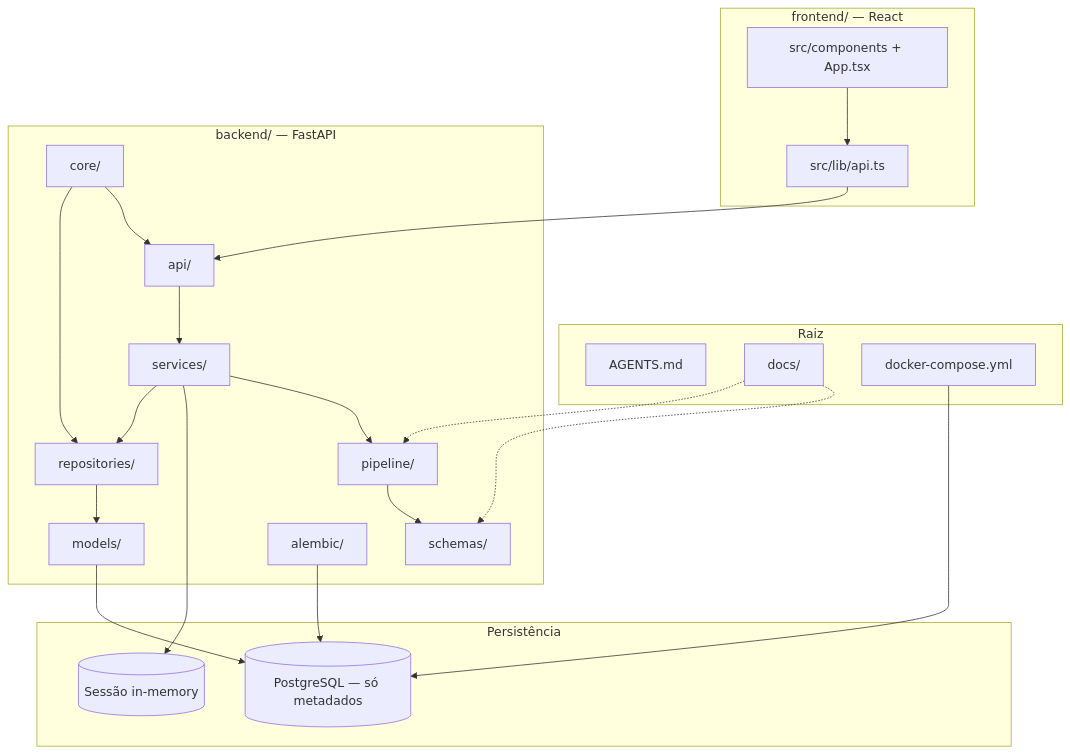
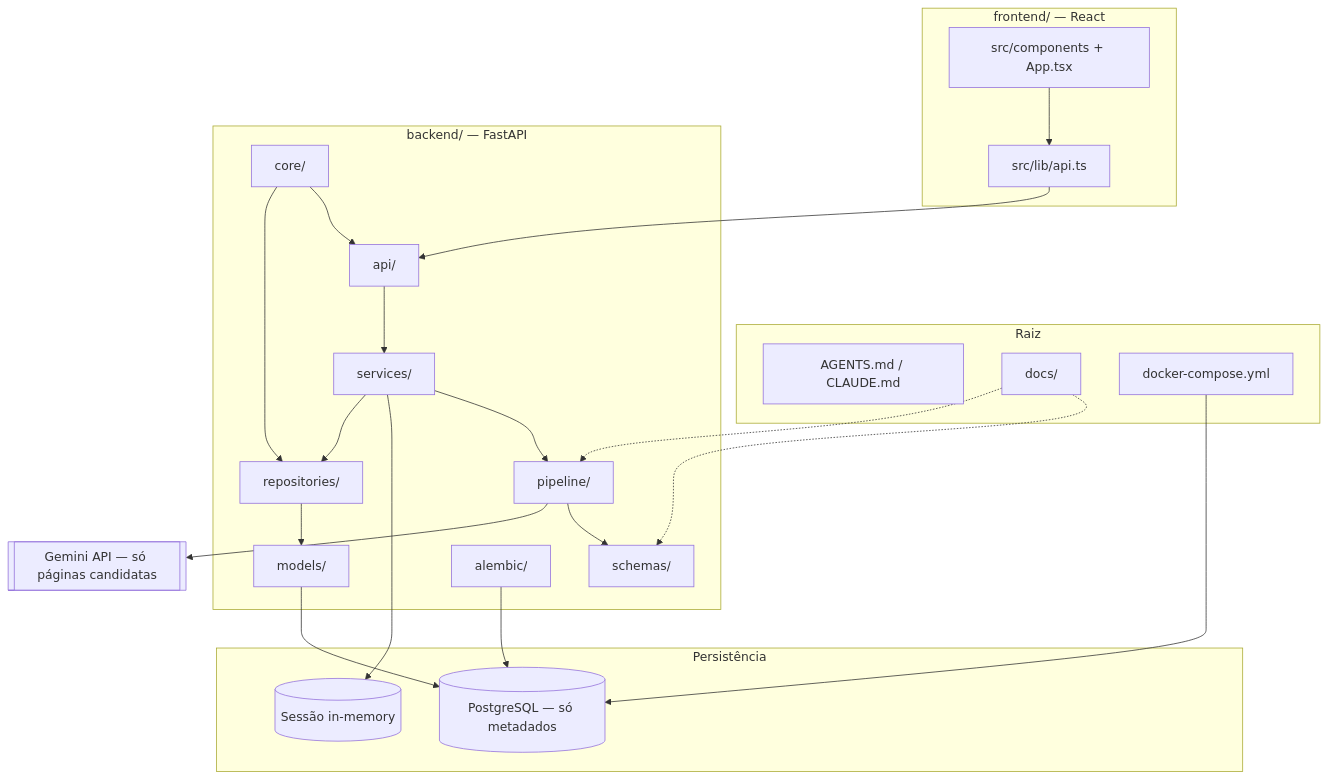
Before and after one commit to magal-dev/veritas-ai: the diagram in README.md, drawn with Mermaid. The commit also changed other lines of this file, not shown here.

First line of the commit message:
Atualiza README com a triagem em 3 camadas, Gemini e a nova interface

````diff
--- a/README.md
+++ b/README.md
@@ -17,45 +43,48 @@
 ```mermaid
 flowchart TB
   subgraph root [Raiz]
-    AGENTS[AGENTS.md]
+    AGENTS[AGENTS.md / CLAUDE.md]
     DOCS[docs/]
     COMPOSE[docker-compose.yml]
   end
 
   subgraph frontend [frontend/ — React]
   UI[src/components + App.tsx]
   API_CLIENT[src/lib/api.ts]
   end
 
   subgraph backend [backend/ — FastAPI]
     API[api/]
     SVC[services/]
     PIPE[pipeline/]
     SCH[schemas/]
     MOD[models/]
     REPO[repositories/]
     CORE[core/]
     ALE[alembic/]
   end
 
   subgraph data [Persistência]
     MEM[(Sessão in-memory)]
     PG[(PostgreSQL — só metadados)]
   end
 
+  GEMINI[[Gemini API — só páginas candidatas]]
+
   UI --> API_CLIENT
   API_CLIENT --> API
   API --> SVC
   SVC --> PIPE
   SVC --> MEM
   PIPE --> SCH
+  PIPE --> GEMINI
   SVC --> REPO
   REPO --> MOD
   MOD --> PG
   CORE --> API
   CORE --> REPO
   DOCS -.-> SCH
   DOCS -.-> PIPE
   ALE --> PG
   COMPOSE --> PG
 ```
````
